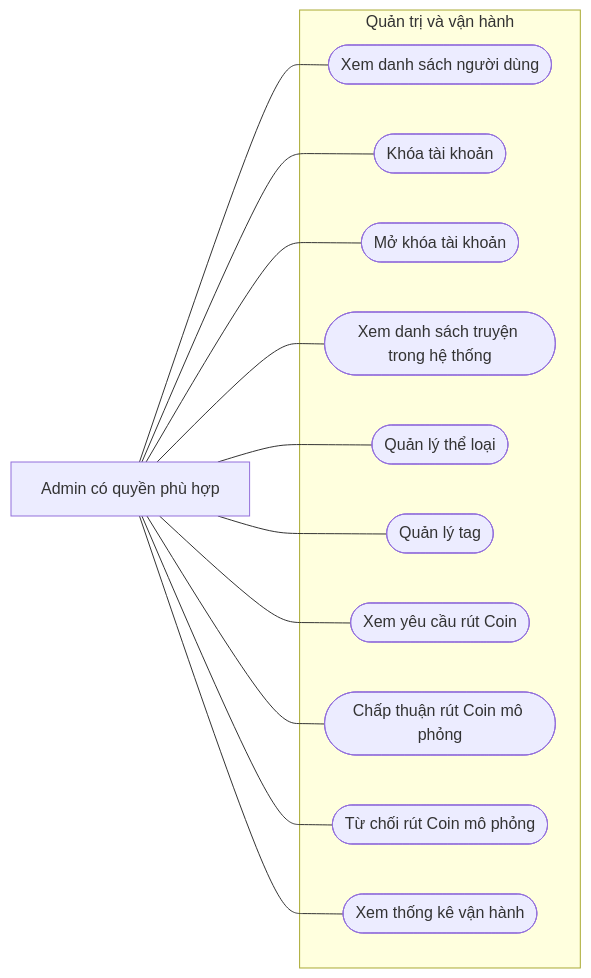
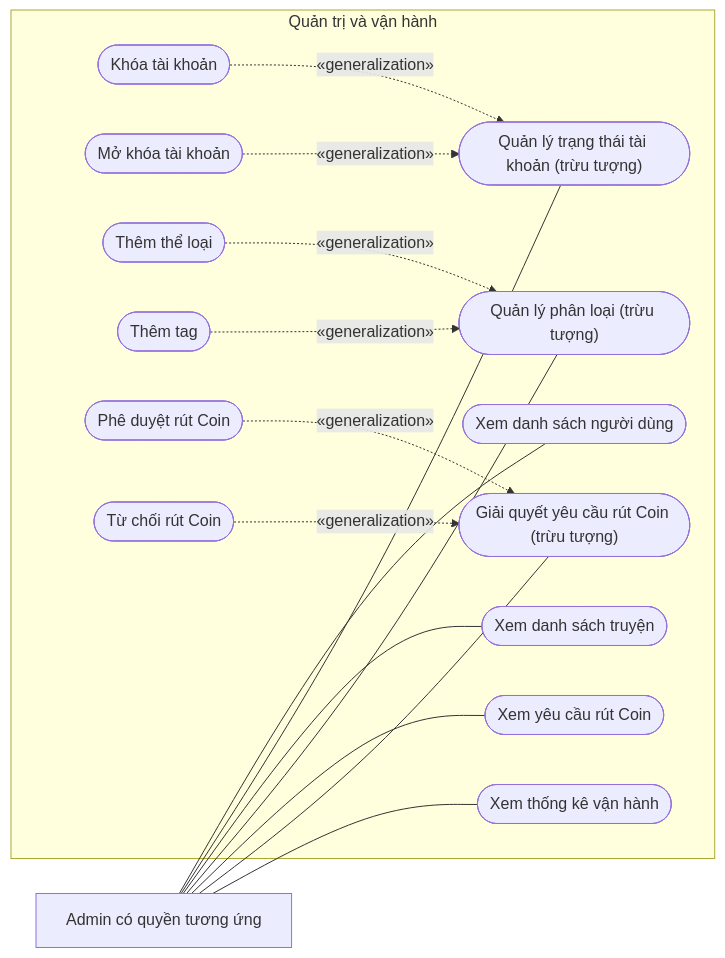
One commit to Ephurin/Novel_sharing_platform changed the second of 2 diagrams in docs/chuong-3-so-do/01d-usecase-quan-tri.md. Above: the diagram before and after it, drawn with Mermaid. The commit also changed other lines of this file, not shown here.

Commit message:
docs: correct use case hierarchy and UML relationships

````diff
--- a/docs/chuong-3-so-do/01d-usecase-quan-tri.md
+++ b/docs/chuong-3-so-do/01d-usecase-quan-tri.md
@@ -38,26 +48,32 @@
 ```mermaid
 flowchart LR
-    AD["Admin có quyền phù hợp"]
+    AD["Admin có quyền tương ứng"]
     subgraph SYS["Quản trị và vận hành"]
         U1(["Xem danh sách người dùng"])
-        U2(["Khóa tài khoản"])
-        U3(["Mở khóa tài khoản"])
-        U4(["Xem danh sách truyện trong hệ thống"])
-        U5(["Quản lý thể loại"])
-        U6(["Quản lý tag"])
-        U7(["Xem yêu cầu rút Coin"])
-        U8(["Chấp thuận rút Coin mô phỏng"])
-        U9(["Từ chối rút Coin mô phỏng"])
-        U10(["Xem thống kê vận hành"])
+        U2(["Quản lý trạng thái tài khoản (trừu tượng)"])
+        U3(["Khóa tài khoản"])
+        U4(["Mở khóa tài khoản"])
+        U5(["Xem danh sách truyện"])
+        U6(["Quản lý phân loại (trừu tượng)"])
+        U7(["Thêm thể loại"])
+        U8(["Thêm tag"])
+        U9(["Xem yêu cầu rút Coin"])
+        U10(["Giải quyết yêu cầu rút Coin (trừu tượng)"])
+        U11(["Phê duyệt rút Coin"])
+        U12(["Từ chối rút Coin"])
+        U13(["Xem thống kê vận hành"])
     end
     AD --- U1
     AD --- U2
-    AD --- U3
-    AD --- U4
     AD --- U5
     AD --- U6
-    AD --- U7
-    AD --- U8
     AD --- U9
     AD --- U10
+    AD --- U13
+    U3 -.->|"«generalization»"| U2
+    U4 -.->|"«generalization»"| U2
+    U7 -.->|"«generalization»"| U6
+    U8 -.->|"«generalization»"| U6
+    U11 -.->|"«generalization»"| U10
+    U12 -.->|"«generalization»"| U10
 ```
````
